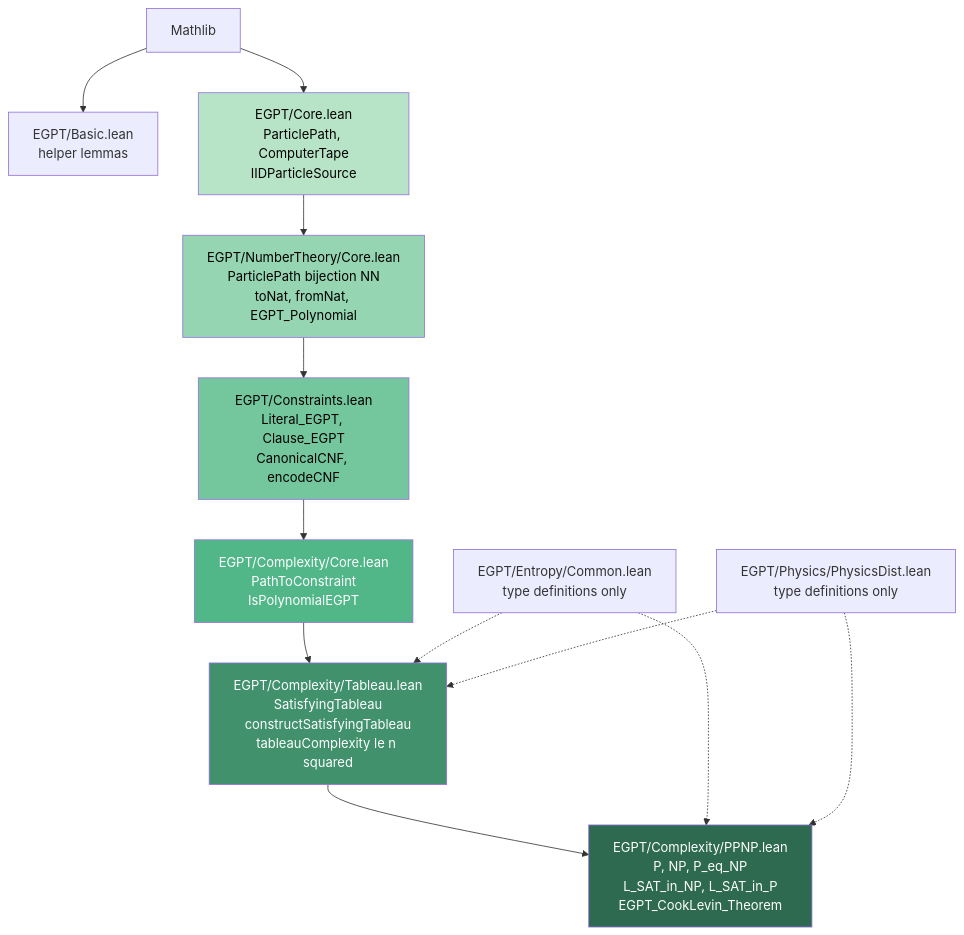
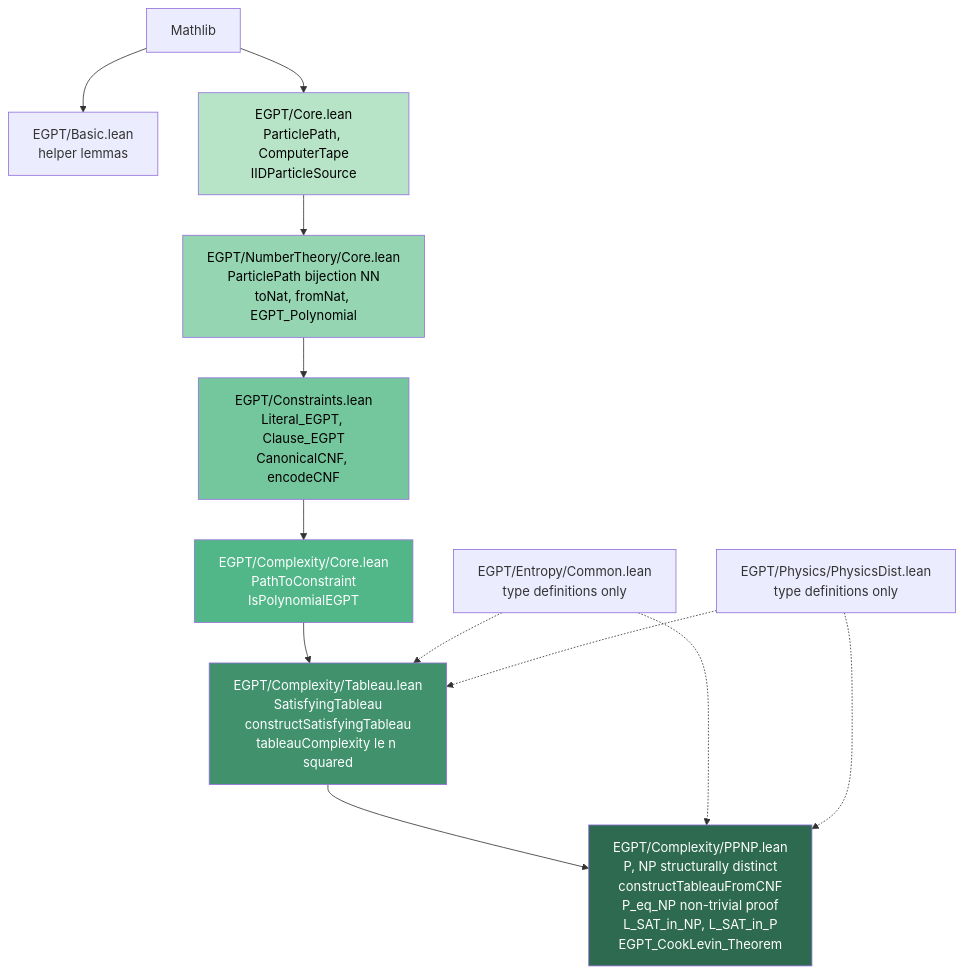
One commit to eabadir/EGPT changed the first of 5 diagrams in docs/PROOF_GRAPH.md. Above: the diagram before and after it, drawn with Mermaid. The commit also changed other lines of this file and 13 other files, not shown here.

First line of the commit message:
Structurally distinct P/NP definitions, non-trivial P_eq_NP proof, reviewer feedback

````diff
--- a/docs/PROOF_GRAPH.md
+++ b/docs/PROOF_GRAPH.md
@@ -18,22 +18,22 @@
 ```mermaid
 graph TD
     M[Mathlib] --> B[EGPT/Basic.lean<br/>helper lemmas]
     M --> C[EGPT/Core.lean<br/>ParticlePath, ComputerTape<br/>IIDParticleSource]
     C --> NT[EGPT/NumberTheory/Core.lean<br/>ParticlePath bijection NN<br/>toNat, fromNat, EGPT_Polynomial]
     NT --> CN[EGPT/Constraints.lean<br/>Literal_EGPT, Clause_EGPT<br/>CanonicalCNF, encodeCNF]
     CN --> CC[EGPT/Complexity/Core.lean<br/>PathToConstraint<br/>IsPolynomialEGPT]
     CC --> CT[EGPT/Complexity/Tableau.lean<br/>SatisfyingTableau<br/>constructSatisfyingTableau<br/>tableauComplexity le n squared]
-    CT --> PP[EGPT/Complexity/PPNP.lean<br/>P, NP, P_eq_NP<br/>L_SAT_in_NP, L_SAT_in_P<br/>EGPT_CookLevin_Theorem]
+    CT --> PP[EGPT/Complexity/PPNP.lean<br/>P, NP structurally distinct<br/>constructTableauFromCNF<br/>P_eq_NP non-trivial proof<br/>L_SAT_in_NP, L_SAT_in_P<br/>EGPT_CookLevin_Theorem]
 
     EC[EGPT/Entropy/Common.lean<br/>type definitions only] -.-> CT
     PD[EGPT/Physics/PhysicsDist.lean<br/>type definitions only] -.-> CT
     EC -.-> PP
     PD -.-> PP
 
     style PP fill:#2d6a4f,color:#fff
     style CT fill:#40916c,color:#fff
     style CC fill:#52b788,color:#fff
     style CN fill:#74c69d,color:#000
     style NT fill:#95d5b2,color:#000
     style C fill:#b7e4c7,color:#000
 ```
````
